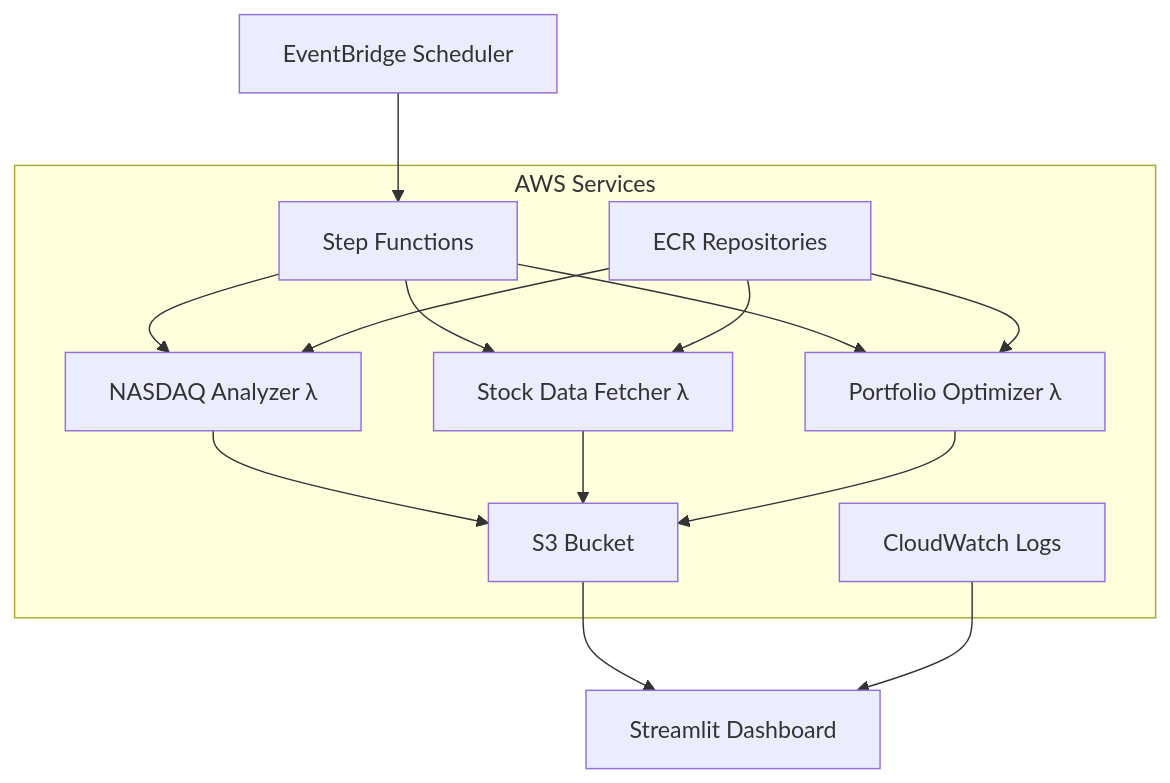
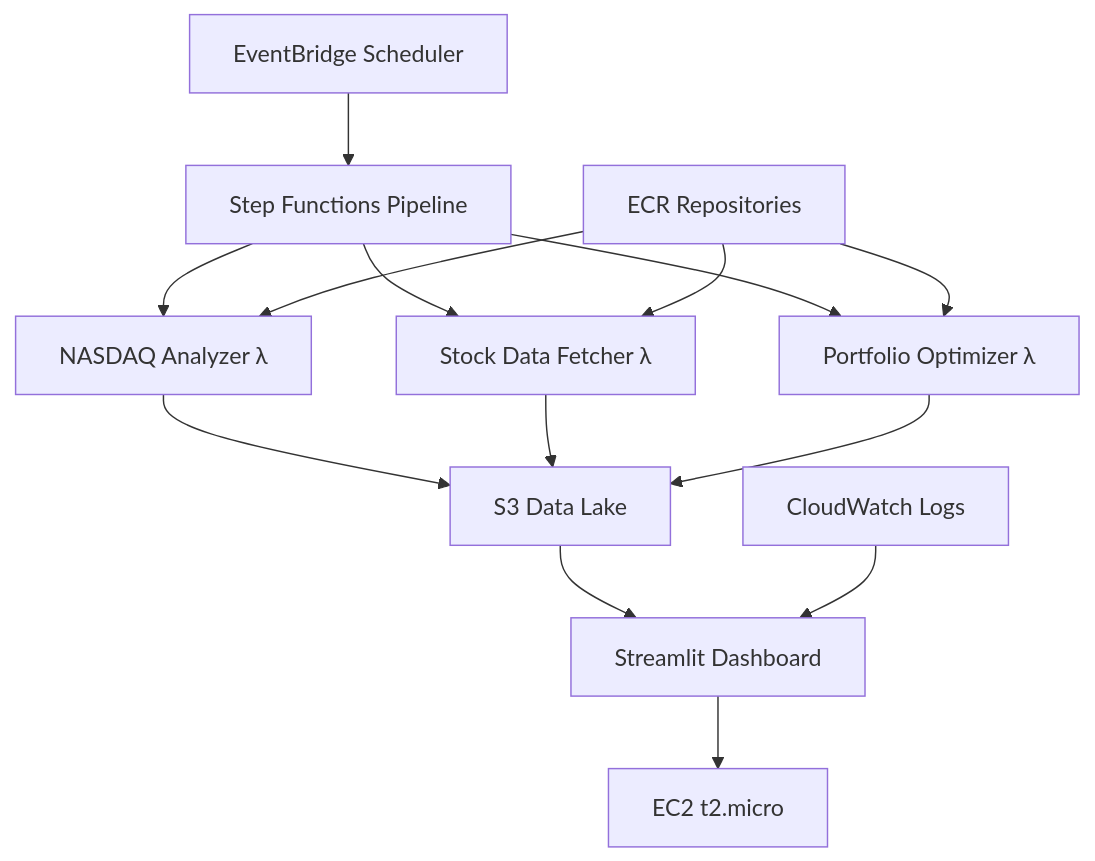
Before and after one commit to AndrewTing89/Nasdaq100-Portfolio-Optimization: the diagram in README.md, drawn with Mermaid. The commit also changed other lines of this file, not shown here.

````diff
--- a/README.md
+++ b/README.md
@@ -7,28 +18,19 @@
 ```mermaid
 graph TB
-    A[EventBridge Scheduler] --> B[Step Functions]
+    A[EventBridge Scheduler] --> B[Step Functions Pipeline]
     B --> C[NASDAQ Analyzer λ]
     B --> D[Stock Data Fetcher λ]  
     B --> E[Portfolio Optimizer λ]
     
-    C --> F[S3 Bucket]
+    C --> F[S3 Data Lake]
     D --> F
     E --> F
     
     F --> G[Streamlit Dashboard]
+    G --> H[EC2 t2.micro]
     
-    H[CloudWatch Logs] --> G
-    I[ECR Repositories] --> C
-    I --> D
-    I --> E
-    
-    subgraph "AWS Services"
-        B
-        C
-        D
-        E
-        F
-        H
-        I
-    end
+    I[CloudWatch Logs] --> G
+    J[ECR Repositories] --> C
+    J --> D
+    J --> E
 ```
````
